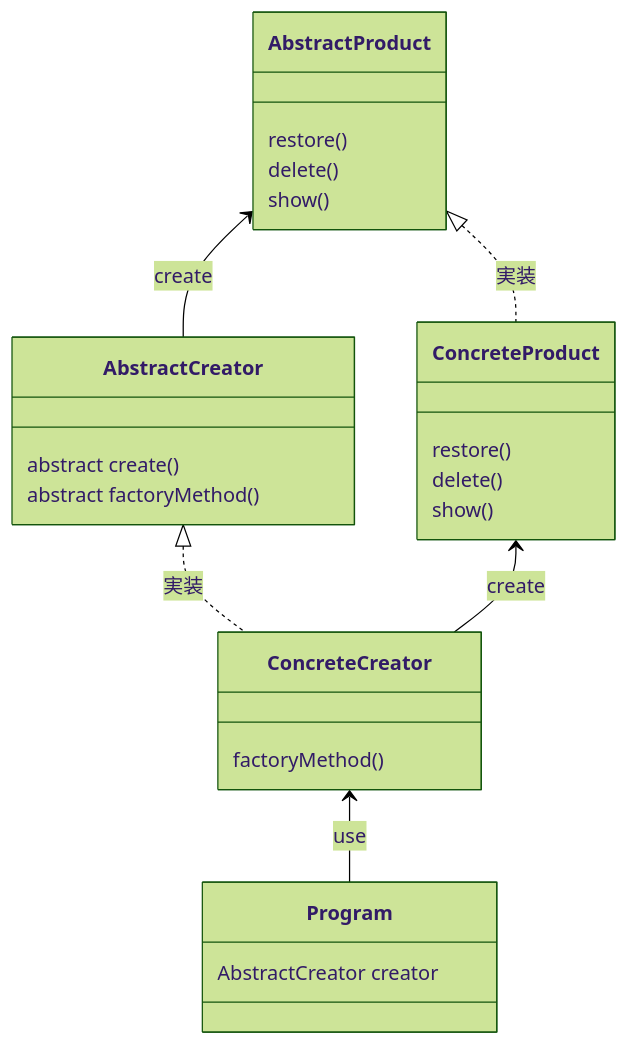
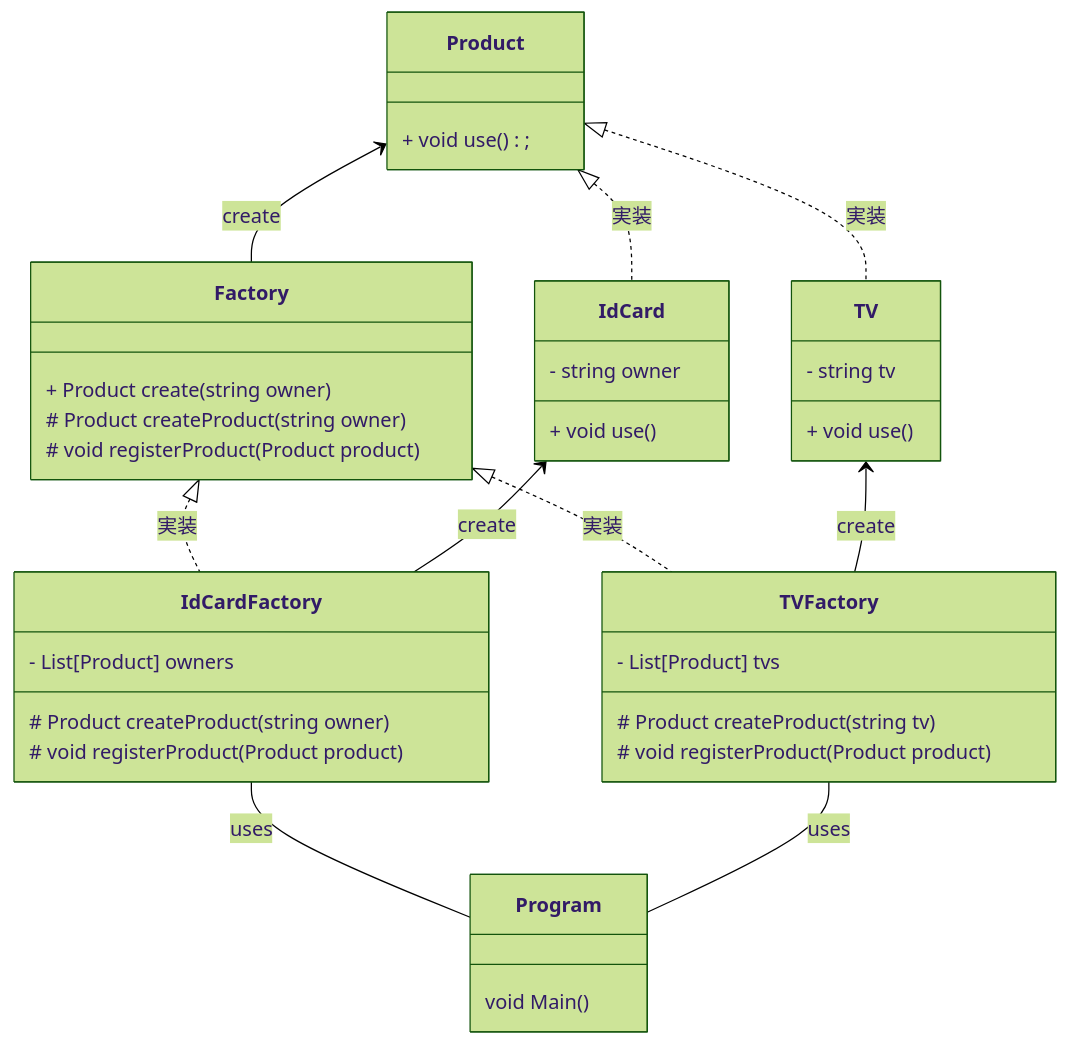
Before and after one commit to 0123takaokeita/design_patterns: the diagram in FactoryMethod/ClassDiagram.md, drawn with Mermaid (forest theme). The commit also changed other lines of this file, not shown here.

Commit message:
fix: classDiagram 修正

````diff
--- a/FactoryMethod/ClassDiagram.md
+++ b/FactoryMethod/ClassDiagram.md
@@ -11,33 +23,47 @@
 ```mermaid
 classDiagram
-    AbstractCreator <|.. ConcreteCreator : 実装
-    AbstractProduct <--  AbstractCreator : create
-    AbstractProduct <|.. ConcreteProduct : 実装
-    ConcreteProduct <--  ConcreteCreator : create
-    ConcreteCreator <--  Program         : use
+    Factory       <|.. TVFactory     : 実装
+    Factory       <|.. IdCardFactory : 実装
+    Product       <|.. IdCard        : 実装
+    Product       <--  Factory       : create
+    Product       <|.. TV            : 実装
+    IdCard        <--  IdCardFactory : create
+    IdCardFactory --   Program       : uses
+    TV            <--  TVFactory     : create
+    TVFactory     --   Program       : uses
 
-    class AbstractCreator{
-        abstract create()
-        abstract factoryMethod()
+    class Factory {
+        + Product create(string owner)
+        # Product createProduct(string owner)
+        # void registerProduct(Product product)
     }
 
-    class  ConcreteCreator{
-        factoryMethod()
+    class IdCardFactory {
+        - List[Product] owners
+        # Product createProduct(string owner)
+        # void registerProduct(Product product)
     }
 
-    class AbstractProduct{
-        restore()
-        delete()
-        show()
+    class Product {
+        + void use();
     }
 
-    class ConcreteProduct{
-        restore()
-        delete()
-        show()
+    class IdCard {
+        - string owner
+        + void use()
     }
 
-    class Program{
-        AbstractCreator creator
+    class Program {
+        void Main()
+    }
+
+    class TVFactory {
+        - List[Product] tvs
+        # Product createProduct(string tv)
+        # void registerProduct(Product product)
+    }
+    class TV {
+        - string tv
+        + void use()
     }
 ```
````
